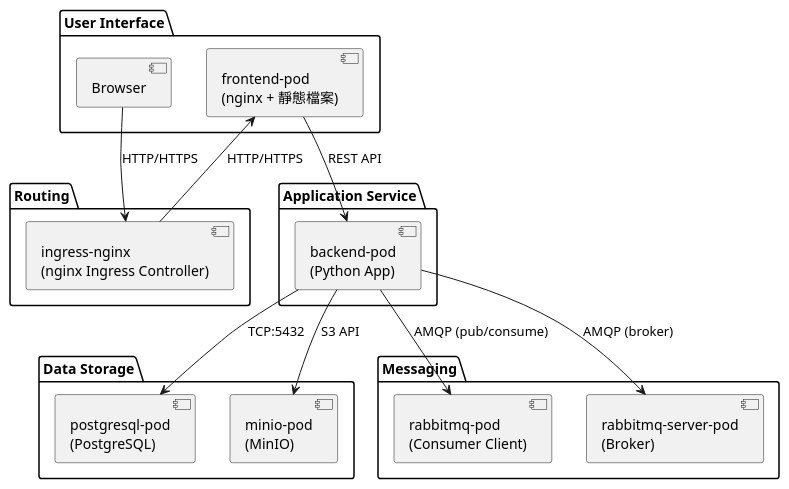
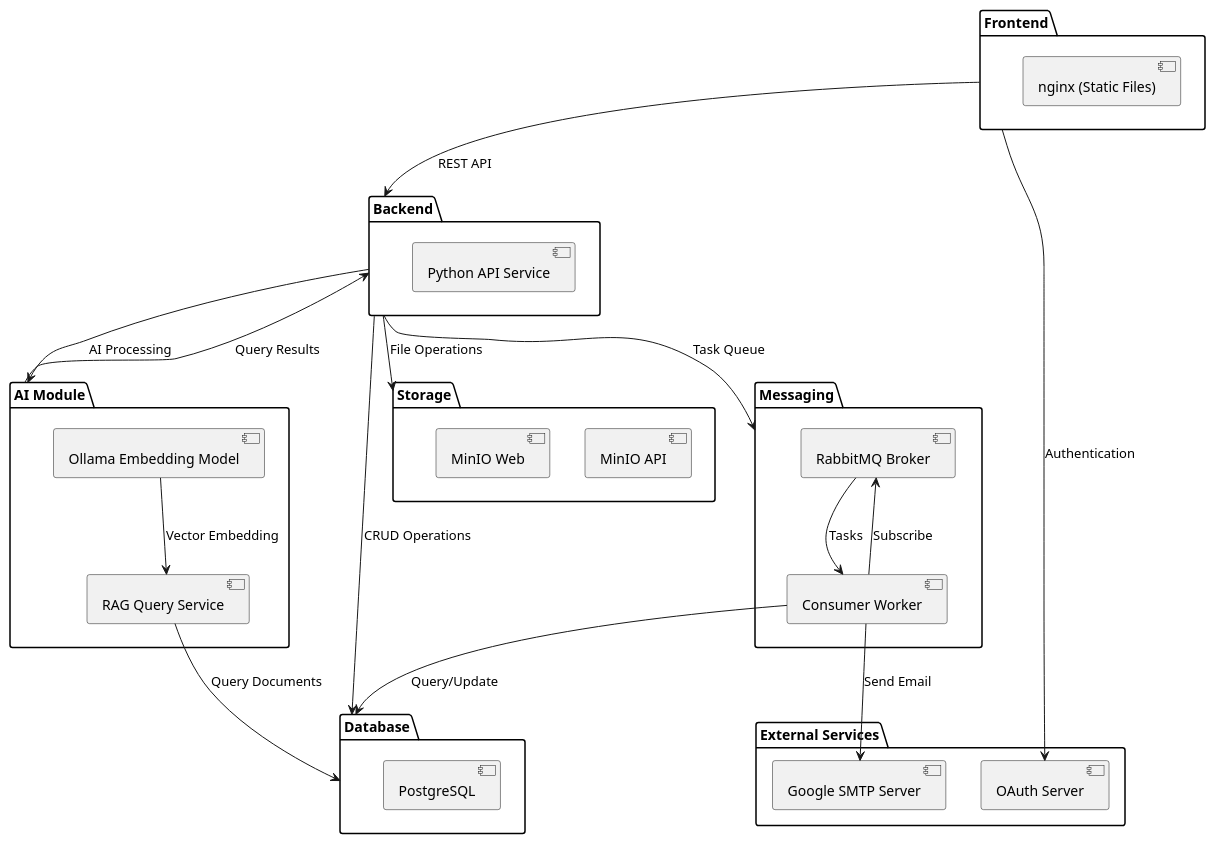
Before and after one commit to walle45611/NTUB_SecuManag_Diagram: the diagram in plantUML/package/package.puml, drawn with PlantUML. The commit also changed 2 other files, not shown here.

Commit message:
(feat):新增元件圖 (#30)
* (feat): add component diagram

* (modify): add google smtp server in system-architecture diagram

* (modify):變更系統架構圖

* (modify):元件圖調整

* (modify):元件圖調整

* (modify):調整元件圖與套件圖

* (modify): 套件圖調整

```diff
--- a/plantUML/package/package.puml
+++ b/plantUML/package/package.puml
@@ -1,32 +1,52 @@
 @startuml
-package "User Interface" {
-  [Browser]
-  [frontend-pod\n(nginx + 靜態檔案)] as FE
+
+package "Frontend" {
+  [nginx (Static Files)]
 }
 
-package "Routing" {
-  [ingress-nginx\n(nginx Ingress Controller)] as IngressController
-}
-
-package "Application Service" {
-  [backend-pod\n(Python App)] as BE
-}
-
-package "Data Storage" {
-  [postgresql-pod\n(PostgreSQL)] as DB
-  [minio-pod\n(MinIO)] as S3
+package "Backend" {
+  [Python API Service]
 }
 
 package "Messaging" {
-  [rabbitmq-pod\n(Consumer Client)] as RMQ
-  [rabbitmq-server-pod\n(Broker)] as RMQS
+  [RabbitMQ Broker]
+  [Consumer Worker]
 }
 
-Browser --> IngressController : HTTP/HTTPS
-IngressController --> FE   : HTTP/HTTPS
-FE --> BE                  : REST API
-BE --> DB                  : TCP:5432
-BE --> S3                  : S3 API
-BE --> RMQ                 : AMQP (pub/consume)
-BE --> RMQS                : AMQP (broker)
+package "AI Module" {
+  [Ollama Embedding Model]
+  [RAG Query Service]
+}
+
+package "Database" {
+  [PostgreSQL]
+}
+
+package "Storage" {
+  [MinIO API]
+  [MinIO Web]
+}
+
+package "External Services" {
+  [Google SMTP Server]
+  [OAuth Server]
+}
+
+
+Frontend --> Backend : REST API
+Frontend --> "OAuth Server" : Authentication
+Backend --> Messaging : Task Queue
+Backend --> Storage : File Operations
+Backend --> Database : CRUD Operations
+Backend --> "AI Module" : AI Processing
+
+
+"Ollama Embedding Model" --> "RAG Query Service" : Vector Embedding
+"Consumer Worker" --> "RabbitMQ Broker" : Subscribe
+"RabbitMQ Broker" --> "Consumer Worker" : Tasks
+"Consumer Worker" --> Database : Query/Update
+"Consumer Worker" --> "Google SMTP Server" : Send Email
+"RAG Query Service" --> Database : Query Documents
+"AI Module" --> Backend : Query Results
+
 @enduml
```
